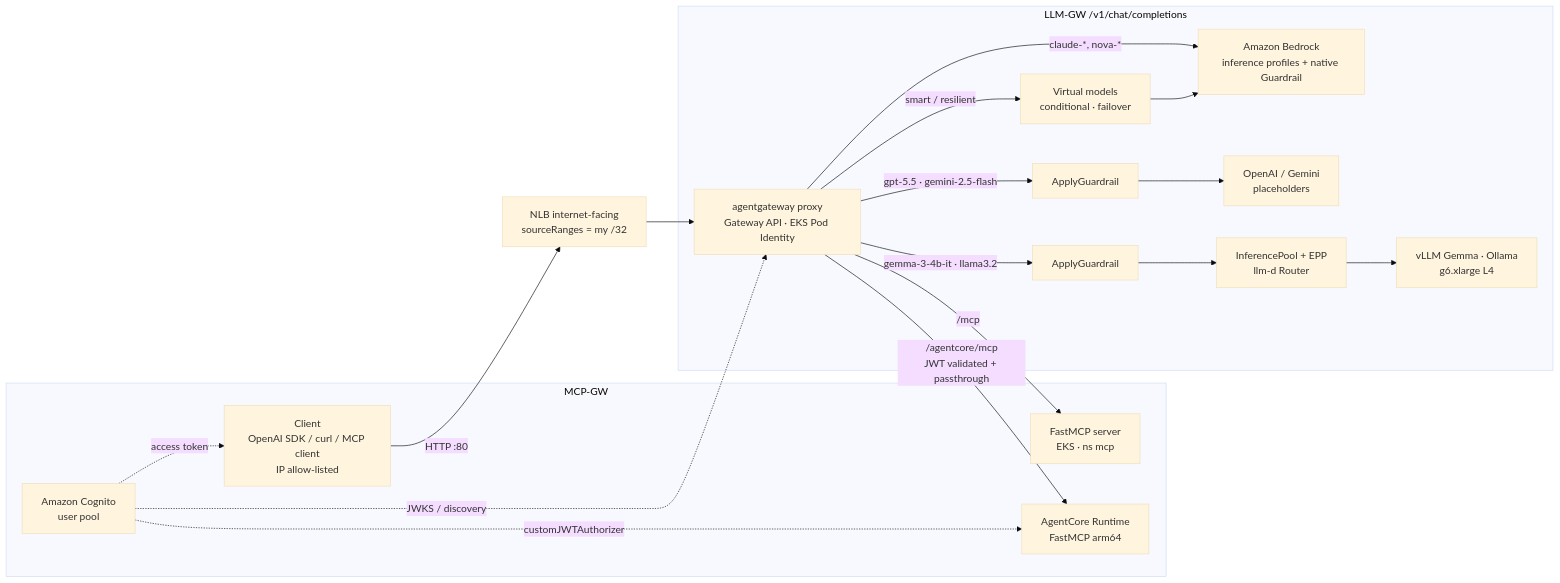
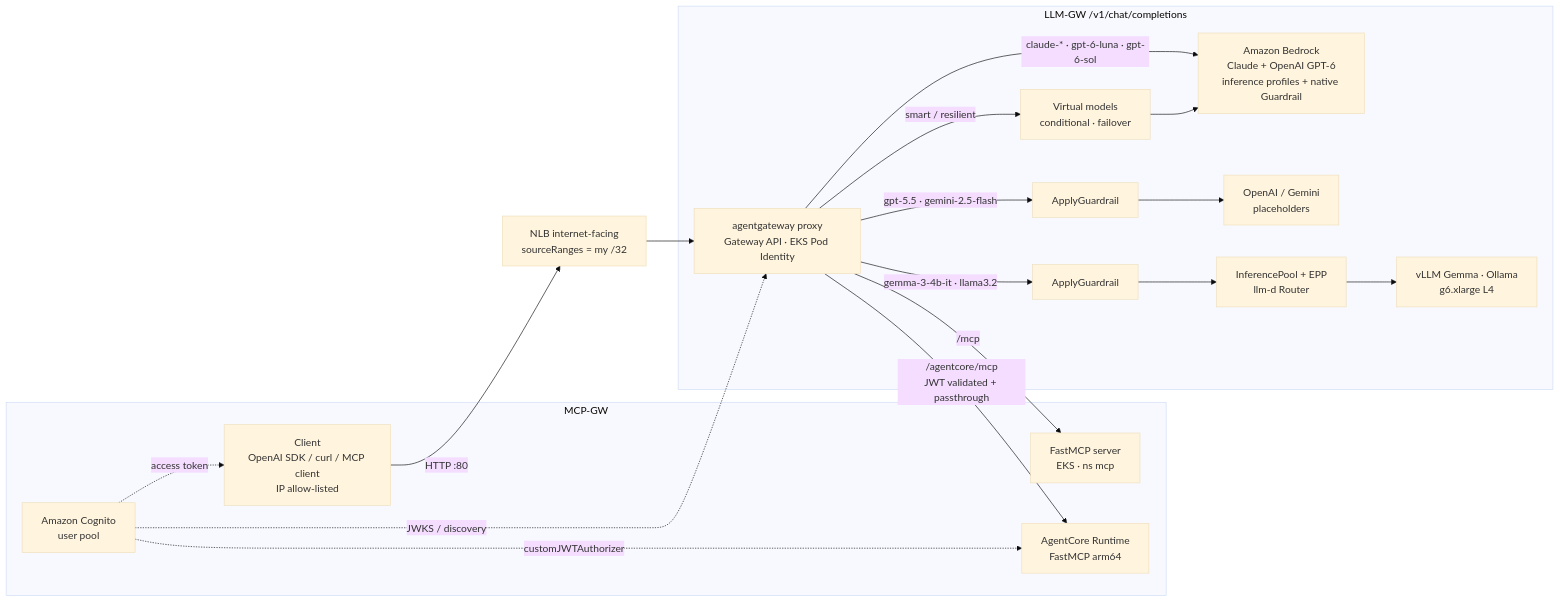
The first of 2 diagrams in README.md (san99tiago/aws-eks-agentic-gateway-open-source), drawn with Mermaid (base theme) before and after one commit. The commit also changed other lines of this file and 32 other files, not shown here.

````diff
--- a/README.md
+++ b/README.md
@@ -29,20 +29,20 @@
 ```mermaid
 flowchart LR
   C[Client<br/>OpenAI SDK / curl / MCP client<br/>IP allow-listed] -->|HTTP :80| NLB[NLB internet-facing<br/>sourceRanges = my /32]
   NLB --> P[agentgateway proxy<br/>Gateway API · EKS Pod Identity]
 
   subgraph LLM["LLM-GW  /v1/chat/completions"]
-    P -->|claude-*, nova-*| B[Amazon Bedrock<br/>inference profiles + native Guardrail]
+    P -->|claude-* · gpt-6-luna · gpt-6-sol| B[Amazon Bedrock<br/>Claude + OpenAI GPT-6<br/>inference profiles + native Guardrail]
     P -->|smart / resilient| V[Virtual models<br/>conditional · failover] --> B
     P -->|gpt-5.5 · gemini-2.5-flash| G[ApplyGuardrail] --> X[OpenAI / Gemini<br/>placeholders]
     P -->|gemma-3-4b-it · llama3.2| G2[ApplyGuardrail] --> IP[InferencePool + EPP<br/>llm-d Router] --> GPU[vLLM Gemma · Ollama<br/>g6.xlarge L4]
   end
 
   subgraph MCP["MCP-GW"]
     P -->|/mcp| F[FastMCP server<br/>EKS · ns mcp]
     P -->|/agentcore/mcp<br/>JWT validated + passthrough| AC[AgentCore Runtime<br/>FastMCP arm64]
     CG[Amazon Cognito<br/>user pool] -.access token.-> C
     CG -.JWKS / discovery.-> P
     CG -.customJWTAuthorizer.-> AC
   end
 ```
````
